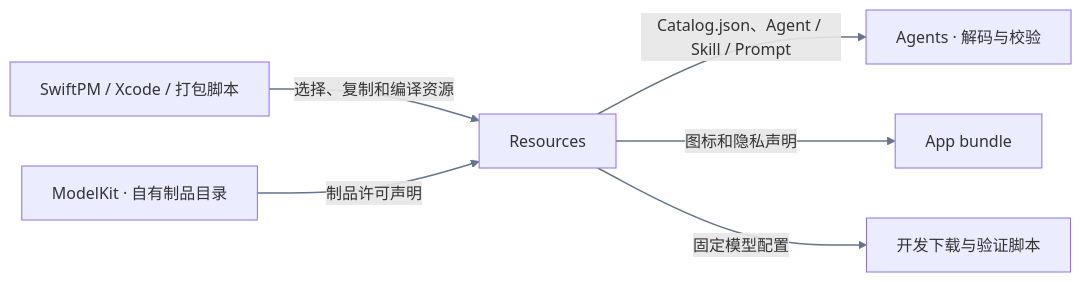
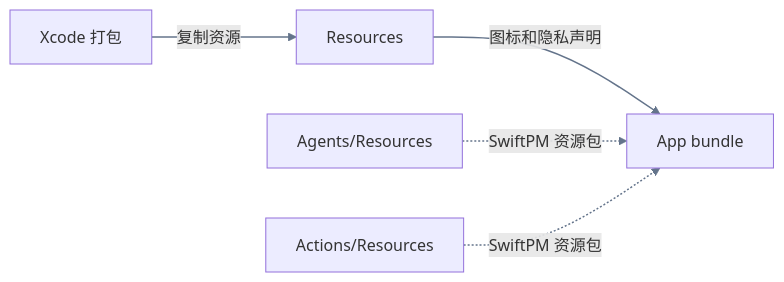
The first of 2 diagrams in MobileHarness/Resources/README.md (devilyouwei/MobileHarness), drawn with Mermaid before and after one commit. The commit also changed other lines of this file and 131 other files, not shown here.

First line of the commit message:
Make static resources follow their owning SwiftPM target

````diff
--- a/MobileHarness/Resources/README.md
+++ b/MobileHarness/Resources/README.md
@@ -9,9 +9,8 @@
 ```mermaid
 flowchart LR
-    Build["SwiftPM / Xcode / 打包脚本"] -->|选择、复制和编译资源| Resource["Resources"]
-    Resource -->|Catalog.json、Agent / Skill / Prompt| Agents["Agents · 解码与校验"]
-    Model["ModelKit · 自有制品目录"] -->|制品许可声明| Resource
+    Build["Xcode 打包"] -->|复制资源| Resource["Resources"]
     Resource -->|图标和隐私声明| Bundle["App bundle"]
-    Resource -->|固定模型配置| Tools["开发下载与验证脚本"]
+    Agents["Agents/Resources"] -.->|SwiftPM 资源包| Bundle
+    Actions["Actions/Resources"] -.->|SwiftPM 资源包| Bundle
     linkStyle default stroke:#64748b,stroke-width:1.5px
 ```
````
